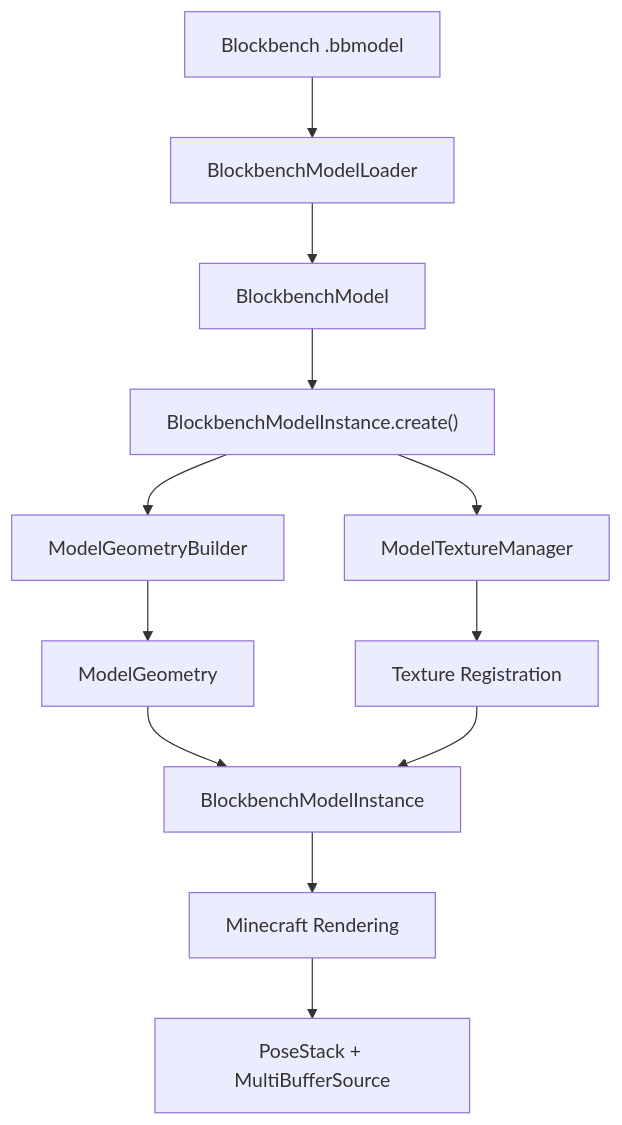
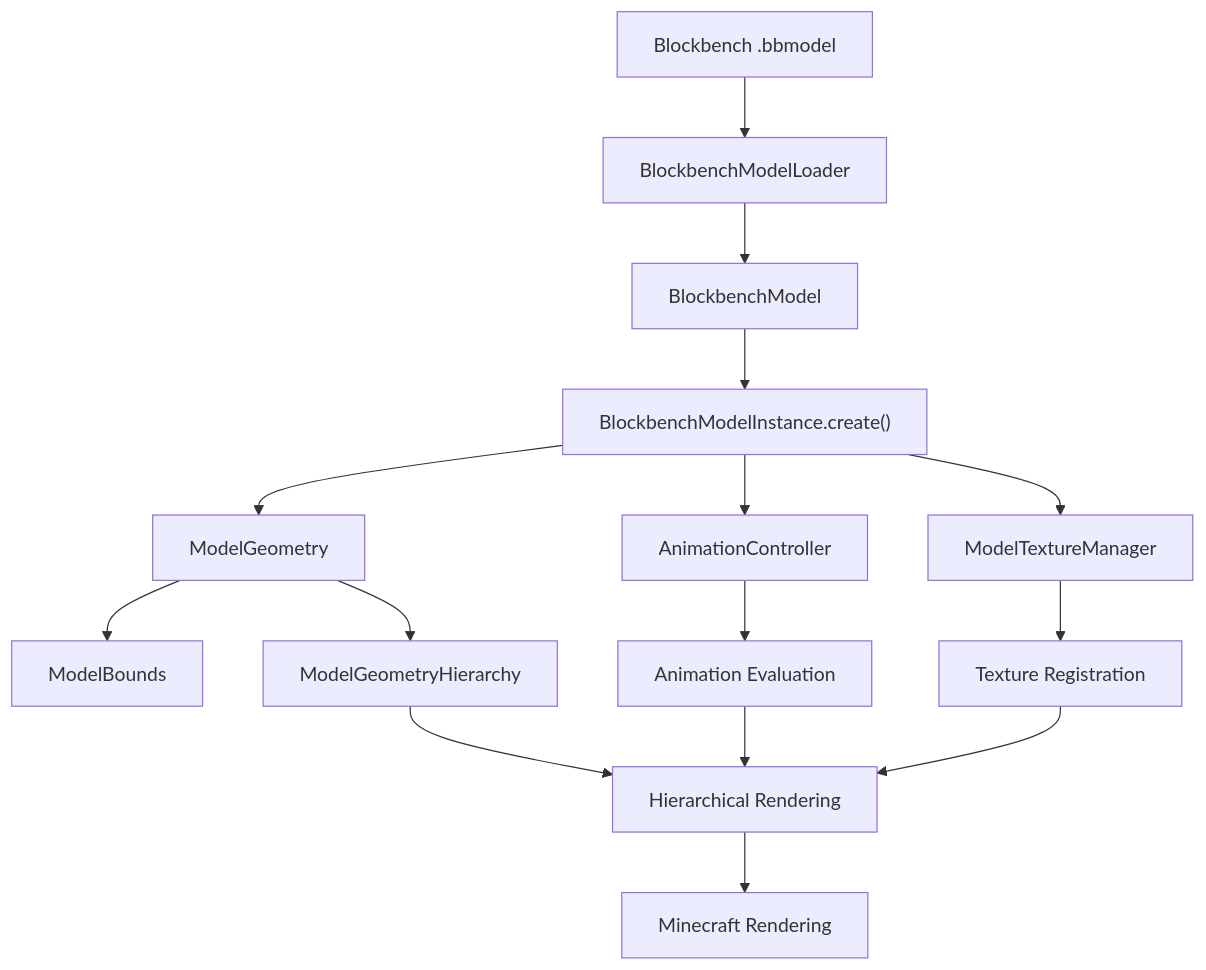
Before and after one commit to HandsOnDigits/BlockbenchModelLib: the first of 2 diagrams in docs/MOD_DEVELOPER_GUIDE.md, drawn with Mermaid. The commit also changed other lines of this file, not shown here.

````diff
--- a/docs/MOD_DEVELOPER_GUIDE.md
+++ b/docs/MOD_DEVELOPER_GUIDE.md
@@ -49,14 +60,17 @@
 ```mermaid
 flowchart TD
     A["Blockbench .bbmodel"] --> B["BlockbenchModelLoader"]
     B --> C["BlockbenchModel"]
     C --> D["BlockbenchModelInstance.create()"]
-    D --> E["ModelGeometryBuilder"]
+    D --> E["ModelGeometry"]
     D --> F["ModelTextureManager"]
-    E --> G["ModelGeometry"]
-    F --> H["Texture Registration"]
-    G --> I["BlockbenchModelInstance"]
-    H --> I
-    I --> J["Minecraft Rendering"]
-    J --> K["PoseStack + MultiBufferSource"]
+    D --> G["AnimationController"]
+    E --> H["ModelBounds"]
+    E --> I["ModelGeometryHierarchy"]
+    F --> J["Texture Registration"]
+    G --> K["Animation Evaluation"]
+    I --> L["Hierarchical Rendering"]
+    K --> L
+    J --> L
+    L --> M["Minecraft Rendering"]
 ```
````
